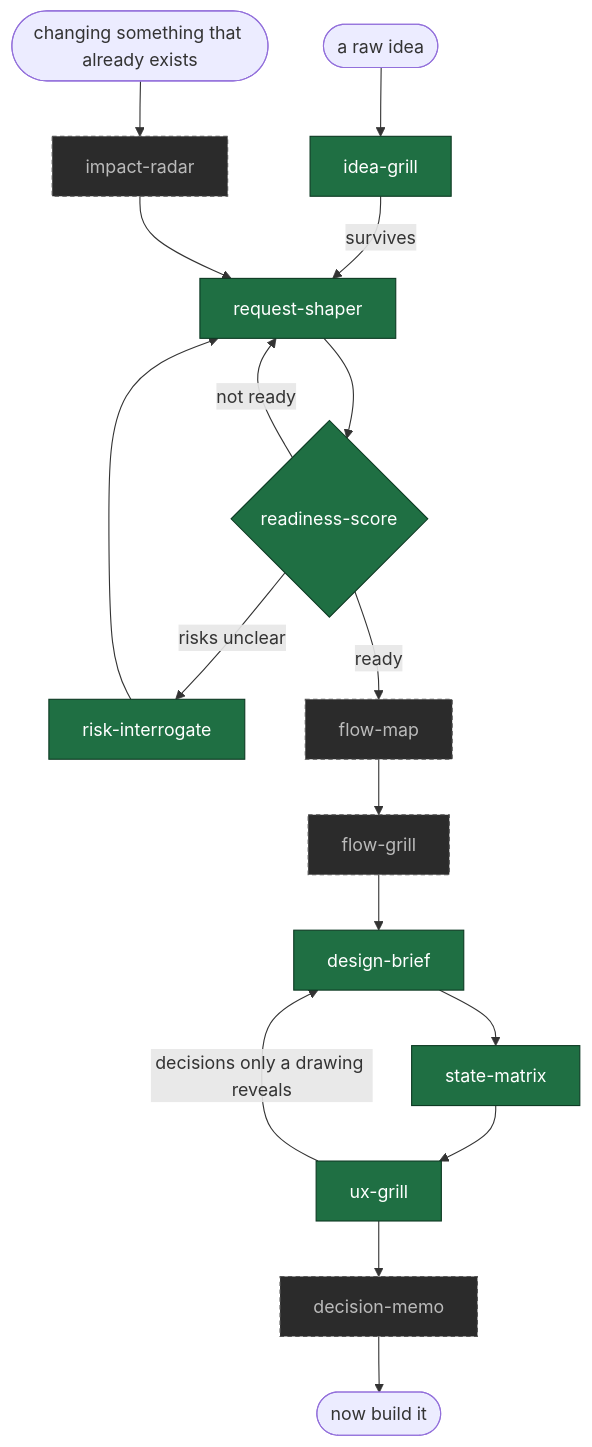
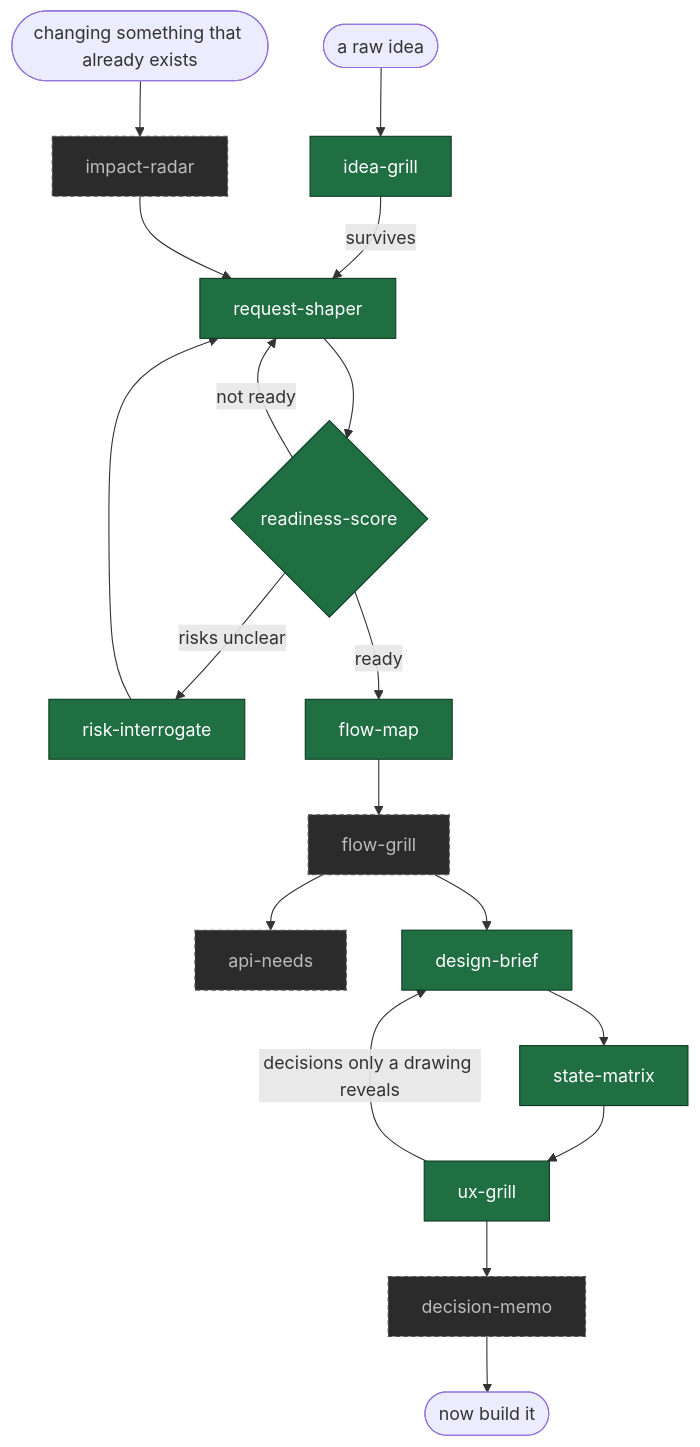
The diagram in README.md (ratipcan-uysal/before-you-build), drawn with Mermaid before and after one commit. The commit also changed other lines of this file and 6 other files, not shown here.

````diff
--- a/README.md
+++ b/README.md
@@ -36,24 +36,25 @@
 ```mermaid
 flowchart TD
     idea([a raw idea]) --> IG[idea-grill]
     IG -->|survives| RS[request-shaper]
     RS --> SC{readiness-score}
     SC -->|not ready| RS
     SC -->|risks unclear| RI[risk-interrogate]
     RI --> RS
     SC -->|ready| FM[flow-map]
     FM --> FG[flow-grill]
+    FG --> AN[api-needs]
     FG --> DB[design-brief]
     DB --> SM[state-matrix]
     SM --> UX[ux-grill]
     UX -->|decisions only a drawing reveals| DB
     UX --> DM[decision-memo]
     DM --> out([now build it])
     change([changing something that already exists]) --> IR[impact-radar]
     IR --> RS
 
     classDef shipped fill:#1f6f43,stroke:#0d3a23,color:#fff
     classDef planned fill:#2b2b2b,stroke:#555,color:#bbb,stroke-dasharray:4 3
-    class IG,RS,SC,RI,DB,UX,SM shipped
-    class FM,FG,IR,DM planned
+    class IG,RS,SC,RI,DB,UX,SM,FM shipped
+    class FG,AN,IR,DM planned
 ```
````
